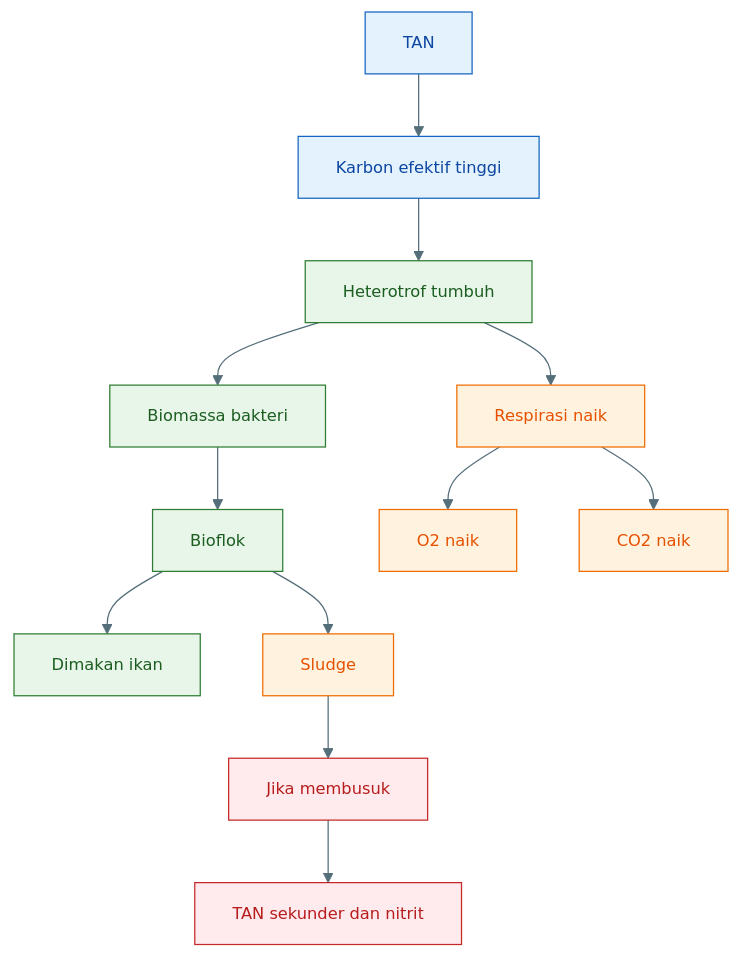
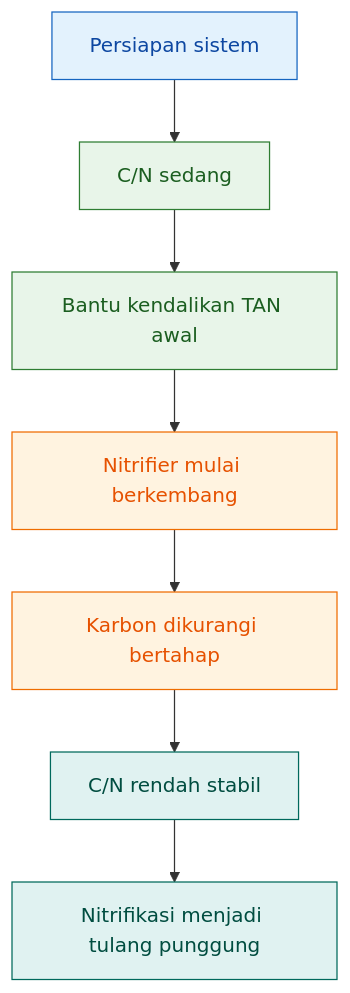
Before and after one commit to slametsampon/kawruhnology: diagram 12 of 22 in content/blog/agri/perikanan/ratio-cn-rendah-biflok.mdx, drawn with Mermaid. The commit also changed other lines of this file, not shown here.

Commit message:
update ratio-cn-rendah

````diff
--- a/content/blog/agri/perikanan/ratio-cn-rendah-biflok.mdx
+++ b/content/blog/agri/perikanan/ratio-cn-rendah-biflok.mdx
@@ -2465,39 +1622,19 @@
-```mermaid id="jalur-cn-tinggi"
-%%{init: {'theme':'base','themeVariables':{
-'primaryColor':'#E3F2FD',
-'primaryTextColor':'#0D47A1',
-'primaryBorderColor':'#1565C0',
-'secondaryColor':'#E8F5E9',
-'secondaryTextColor':'#1B5E20',
-'secondaryBorderColor':'#2E7D32',
-'tertiaryColor':'#FFF3E0',
-'tertiaryTextColor':'#E65100',
-'tertiaryBorderColor':'#EF6C00',
-'lineColor':'#546E7A',
-'fontSize':'13px'
-}}}%%
+```mermaid id="iz6n8t"
 flowchart TD
-    A["TAN"] --> B["Karbon efektif tinggi"]
-    B --> C["Heterotrof tumbuh"]
-    C --> D["Biomassa bakteri"]
-    D --> E["Bioflok"]
-    E --> F["Dimakan ikan"]
-    E --> G["Sludge"]
+    A["Persiapan sistem"] --> B["C/N sedang"]
+    B --> C["Bantu kendalikan TAN awal"]
+    C --> D["Nitrifier mulai berkembang"]
+    D --> E["Karbon dikurangi bertahap"]
+    E --> F["C/N rendah stabil"]
+    F --> G["Nitrifikasi menjadi tulang punggung"]
 
-    C --> H["Respirasi naik"]
-    H --> I["O2 naik"]
-    H --> J["CO2 naik"]
+    classDef prep fill:#e3f2fd,stroke:#1565c0,color:#0d47a1;
+    classDef mid fill:#e8f5e9,stroke:#2e7d32,color:#1b5e20;
+    classDef transition fill:#fff3e0,stroke:#ef6c00,color:#e65100;
+    classDef stable fill:#e0f2f1,stroke:#00695c,color:#004d40;
 
-    G --> K["Jika membusuk"]
-    K --> L["TAN sekunder dan nitrit"]
-
-    classDef nitrogen fill:#E3F2FD,stroke:#1565C0,color:#0D47A1;
-    classDef mikroba fill:#E8F5E9,stroke:#2E7D32,color:#1B5E20;
-    classDef risiko fill:#FFF3E0,stroke:#EF6C00,color:#E65100;
-    classDef bahaya fill:#FFEBEE,stroke:#C62828,color:#B71C1C;
-
-    class A,B nitrogen;
-    class C,D,E,F mikroba;
-    class H,I,J,G risiko;
-    class K,L bahaya;
+    class A prep;
+    class B,C mid;
+    class D,E transition;
+    class F,G stable;
 ```
````
